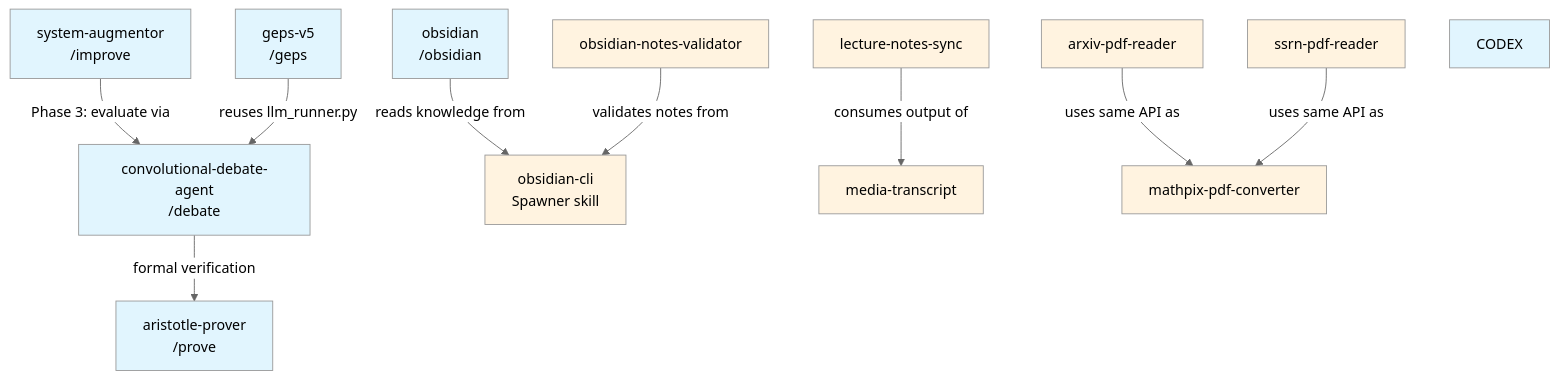
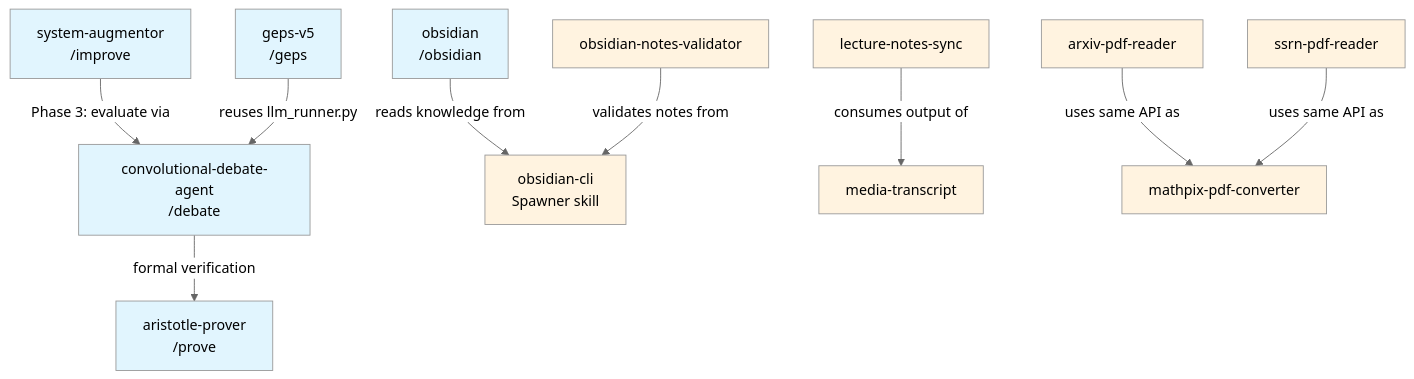
The second of 2 diagrams in docs/Architecture.md (ZealousEar/claude-skills), drawn with Mermaid (neutral theme) before and after one commit. The commit also changed other lines of this file and 10 other files, not shown here.

````diff
--- a/docs/Architecture.md
+++ b/docs/Architecture.md
@@ -73,28 +73,27 @@
 ```mermaid
 flowchart TD
     SA[system-augmentor<br/>/improve] --> |Phase 3: evaluate via| CDA[convolutional-debate-agent<br/>/debate]
     CDA --> |formal verification| AP[aristotle-prover<br/>/prove]
     GEPS[geps-v5<br/>/geps] --> |reuses llm_runner.py| CDA
 
     OBS_CC[obsidian<br/>/obsidian] --> |reads knowledge from| OBS_SP[obsidian-cli<br/>Spawner skill]
 
     LNS[lecture-notes-sync] --> |consumes output of| MT[media-transcript]
     ARXIV[arxiv-pdf-reader] --> |uses same API as| MPDF[mathpix-pdf-converter]
     SSRN[ssrn-pdf-reader] --> |uses same API as| MPDF
 
     ONV[obsidian-notes-validator] --> |validates notes from| OBS_SP
 
     style SA fill:#e1f5fe
     style CDA fill:#e1f5fe
     style AP fill:#e1f5fe
     style GEPS fill:#e1f5fe
     style OBS_CC fill:#e1f5fe
-    style CODEX fill:#e1f5fe
     style OBS_SP fill:#fff3e0
     style LNS fill:#fff3e0
     style MT fill:#fff3e0
     style ARXIV fill:#fff3e0
     style MPDF fill:#fff3e0
     style SSRN fill:#fff3e0
     style ONV fill:#fff3e0
 ```
````
